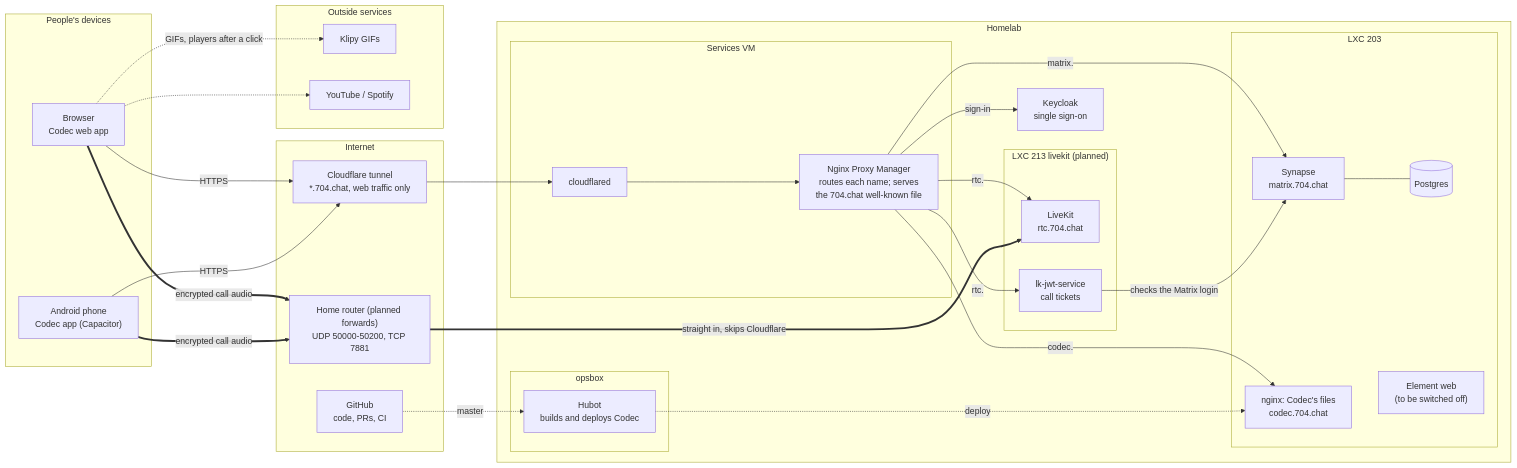
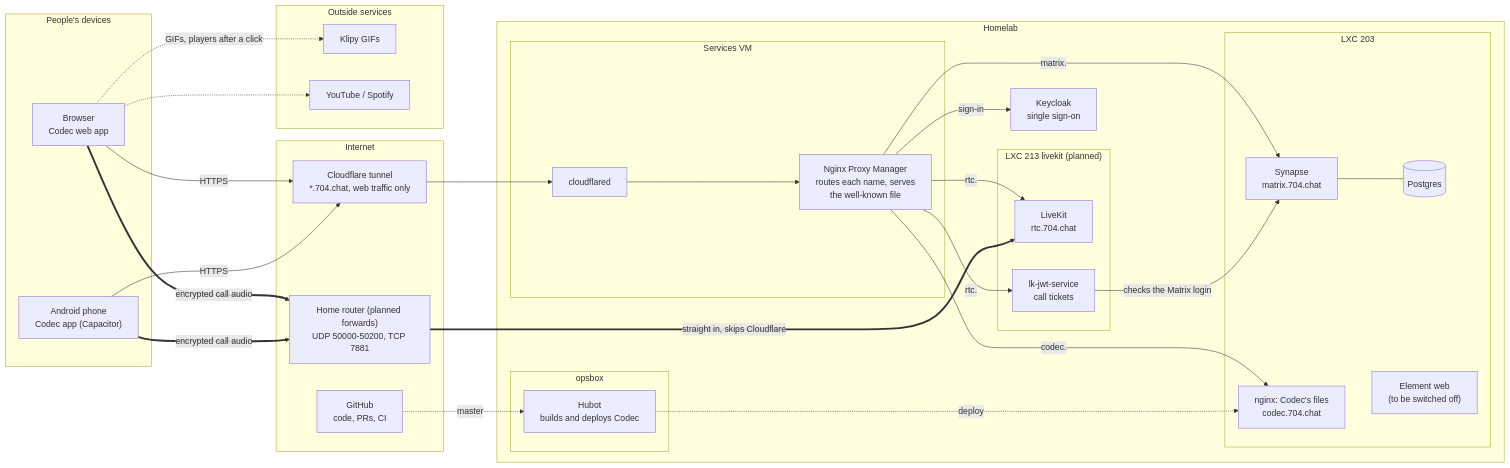
One commit to jaysee260/codec changed diagram 14 of 14 in docs/ARCHITECTURE_DIAGRAMS.md. Above: the diagram before and after it, drawn with Mermaid. The commit also changed other lines of this file and 134 other files, not shown here.

First line of the commit message:
Docs: readable architecture guide, reference and gotchas split, docs index, phase records archived

````diff
--- a/docs/ARCHITECTURE_DIAGRAMS.md
+++ b/docs/ARCHITECTURE_DIAGRAMS.md
@@ -337,57 +432,57 @@
 ```mermaid
 flowchart LR
   subgraph Devices["People's devices"]
     Browser["Browser<br/>Codec web app"]
     Android["Android phone<br/>Codec app (Capacitor)"]
   end
 
   subgraph Internet["Internet"]
     CF["Cloudflare tunnel<br/>*.704.chat, web traffic only"]
     Router["Home router (planned forwards)<br/>UDP 50000-50200, TCP 7881"]
     GH["GitHub<br/>code, PRs, CI"]
   end
 
   subgraph Homelab["Homelab"]
     subgraph SVM["Services VM"]
       CFD["cloudflared"]
-      NPM["Nginx Proxy Manager<br/>routes each name; serves<br/>the 704.chat well-known file"]
+      NPM["Nginx Proxy Manager<br/>routes each name, serves<br/>the well-known file"]
     end
     subgraph L203["LXC 203"]
       Synapse["Synapse<br/>matrix.704.chat"]
       PG[("Postgres")]
       Files["nginx: Codec's files<br/>codec.704.chat"]
       Element["Element web<br/>(to be switched off)"]
     end
     subgraph L213["LXC 213 livekit (planned)"]
       LK["LiveKit<br/>rtc.704.chat"]
       JWT["lk-jwt-service<br/>call tickets"]
     end
     KC["Keycloak<br/>single sign-on"]
     subgraph Ops["opsbox"]
       Hubot["Hubot<br/>builds and deploys Codec"]
     end
   end
 
   subgraph Outside["Outside services"]
     Klipy["Klipy GIFs"]
     Embeds["YouTube / Spotify"]
   end
 
   Browser -- "HTTPS" --> CF
   Android -- "HTTPS" --> CF
   CF --> CFD --> NPM
   NPM -- "matrix." --> Synapse
   NPM -- "codec." --> Files
   NPM -- "rtc." --> JWT
   NPM -- "rtc." --> LK
   NPM -- "sign-in" --> KC
   Synapse --- PG
   JWT -- "checks the Matrix login" --> Synapse
   Browser == "encrypted call audio" ==> Router
   Android == "encrypted call audio" ==> Router
   Router == "straight in, skips Cloudflare" ==> LK
   GH -. "master" .-> Hubot
   Hubot -. "deploy" .-> Files
   Browser -. "GIFs, players after a click" .-> Klipy
   Browser -.-> Embeds
 ```
````
